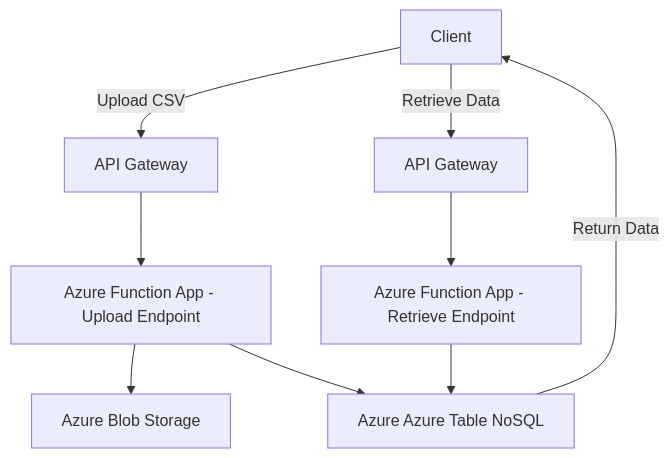
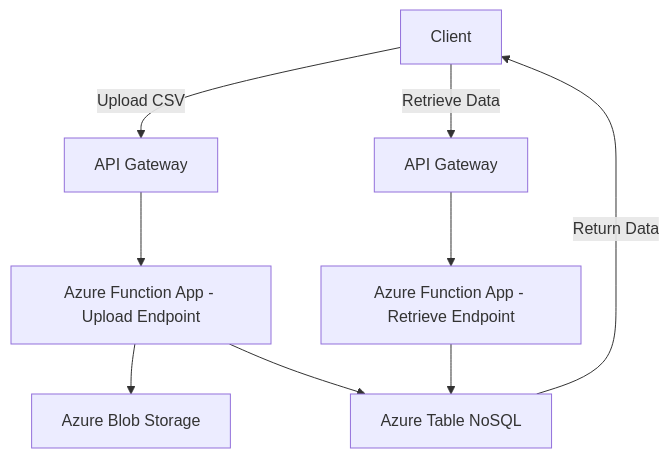
One commit to oigbokwe73/Upload-CSV-to-JSON-with-exposed-endpoints-for-configs changed the diagram in README.md. Above: the diagram before and after it, drawn with Mermaid. The commit also changed other lines of this file, not shown here.

````diff
--- a/README.md
+++ b/README.md
@@ -141,11 +141,11 @@
 ```mermaid
 graph TD
     A[Client] -->|Upload CSV| B[API Gateway]
     B --> C[Azure Function App - Upload Endpoint]
     C --> D[Azure Blob Storage]
-    C --> E[Azure Azure Table NoSQL]
+    C --> E[Azure Table NoSQL]
     A -->|Retrieve Data| F[API Gateway]
     F --> G[Azure Function App - Retrieve Endpoint]
     G --> E
     E -->|Return Data| A
 ```
````
